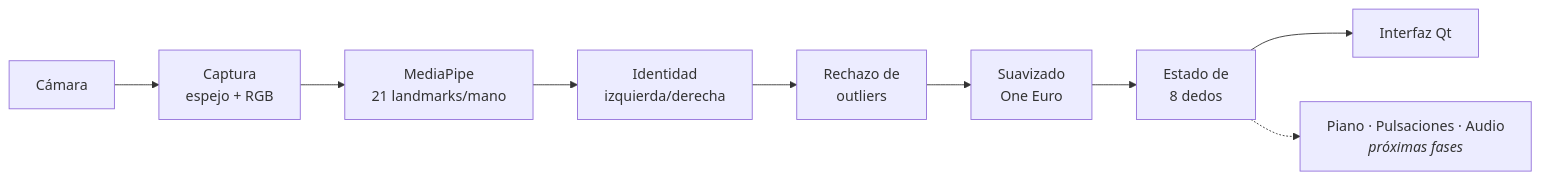
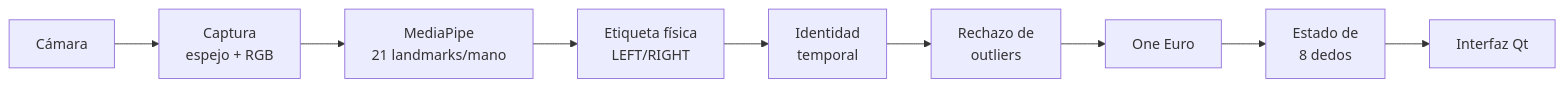
The first of 2 diagrams in README.md (kcitas/hand-piann0), drawn with Mermaid before and after one commit. The commit also changed other lines of this file and 28 other files, not shown here.

````diff
--- a/README.md
+++ b/README.md
@@ -129,11 +116,11 @@
 ```mermaid
 flowchart LR
     A[Cámara] --> B[Captura<br/>espejo + RGB]
     B --> C[MediaPipe<br/>21 landmarks/mano]
-    C --> D[Identidad<br/>izquierda/derecha]
-    D --> E[Rechazo de<br/>outliers]
-    E --> F[Suavizado<br/>One Euro]
-    F --> G[Estado de<br/>8 dedos]
-    G --> H[Interfaz Qt]
-    G -.-> I[Piano · Pulsaciones · Audio<br/><i>próximas fases</i>]
+    C --> D[Etiqueta física<br/>LEFT/RIGHT]
+    D --> E[Identidad<br/>temporal]
+    E --> F[Rechazo de<br/>outliers]
+    F --> G[One Euro]
+    G --> H[Estado de<br/>8 dedos]
+    H --> I[Interfaz Qt]
 ```
````
